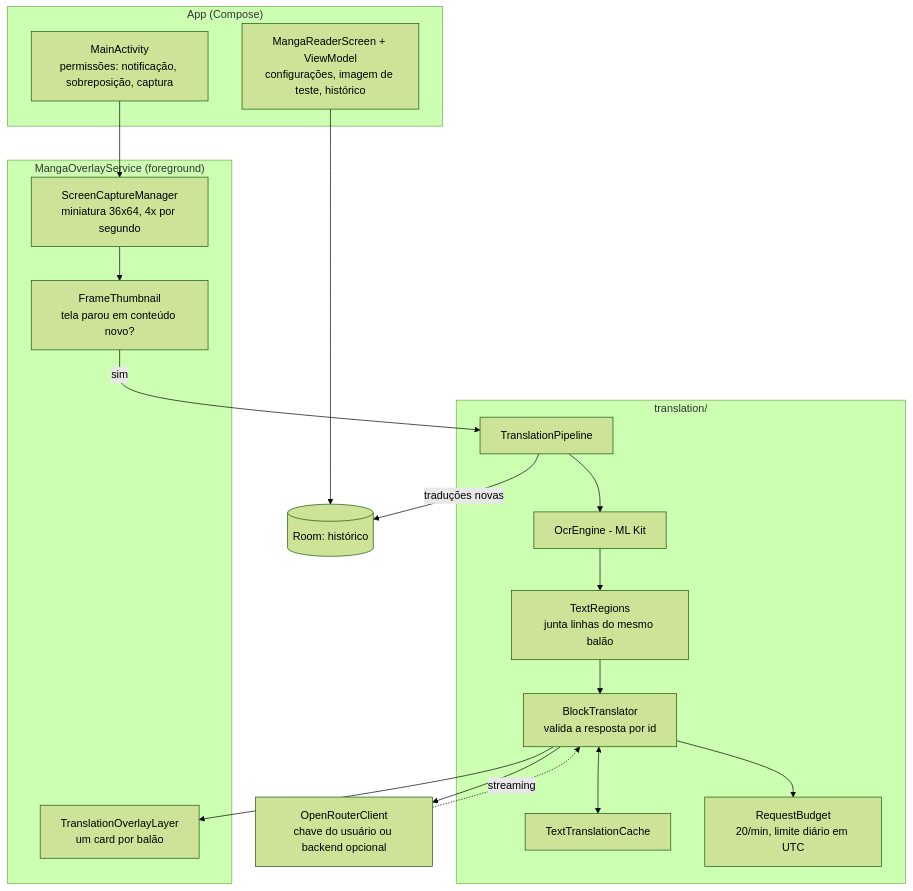
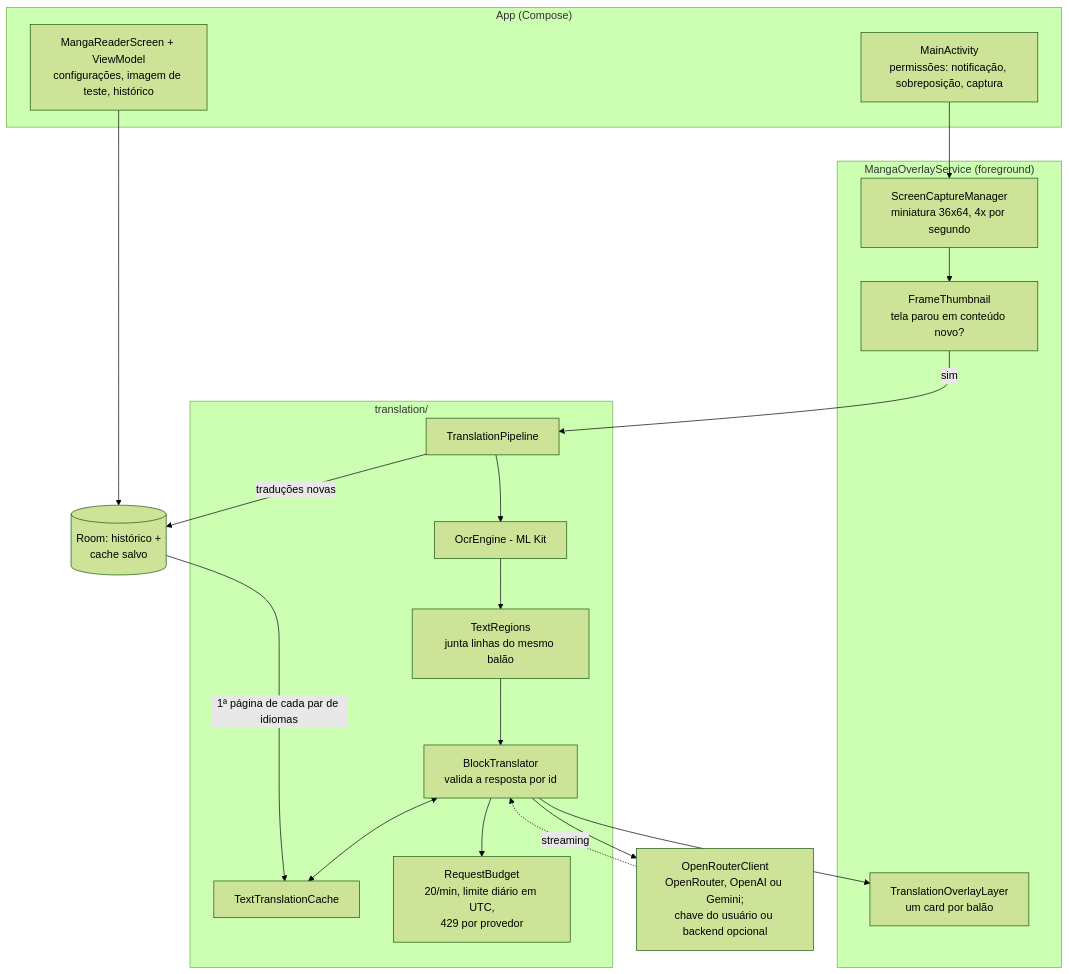
One commit to Eduardo2049/MangaLens changed the diagram in architecture.md. Above: the diagram before and after it, drawn with Mermaid (forest theme). The commit also changed other lines of this file and 20 other files, not shown here.

First line of the commit message:
Pipeline único, cache de traduções salvo e modelos editáveis

````diff
--- a/architecture.md
+++ b/architecture.md
@@ -9,37 +9,38 @@
 ```mermaid
 flowchart TD
     subgraph App ["App (Compose)"]
         MA[MainActivity<br/>permissões: notificação, sobreposição, captura]
         MRS[MangaReaderScreen + ViewModel<br/>configurações, imagem de teste, histórico]
     end
 
     subgraph Servico ["MangaOverlayService (foreground)"]
         SCM[ScreenCaptureManager<br/>miniatura 36x64, 4x por segundo]
         FT[FrameThumbnail<br/>tela parou em conteúdo novo?]
         TOL[TranslationOverlayLayer<br/>um card por balão]
     end
 
     subgraph Traducao ["translation/"]
         TP[TranslationPipeline]
         OCR[OcrEngine - ML Kit]
         TR[TextRegions<br/>junta linhas do mesmo balão]
         BT[BlockTranslator<br/>valida a resposta por id]
         TC[TextTranslationCache]
-        RB[RequestBudget<br/>20/min, limite diário em UTC]
+        RB[RequestBudget<br/>20/min, limite diário em UTC,<br/>429 por provedor]
     end
 
-    ORC[OpenRouterClient<br/>chave do usuário ou backend opcional]
-    DB[(Room: histórico)]
+    ORC[OpenRouterClient<br/>OpenRouter, OpenAI ou Gemini;<br/>chave do usuário ou backend opcional]
+    DB[(Room: histórico +<br/>cache salvo)]
 
     MA --> SCM
     SCM --> FT
     FT -- "sim" --> TP
     TP --> OCR --> TR --> BT
     BT <--> TC
     BT --> RB
     BT --> ORC
     ORC -. streaming .-> BT
     BT --> TOL
     TP -- "traduções novas" --> DB
+    DB -- "1ª página de cada par de idiomas" --> TC
     MRS --> DB
 ```
````
